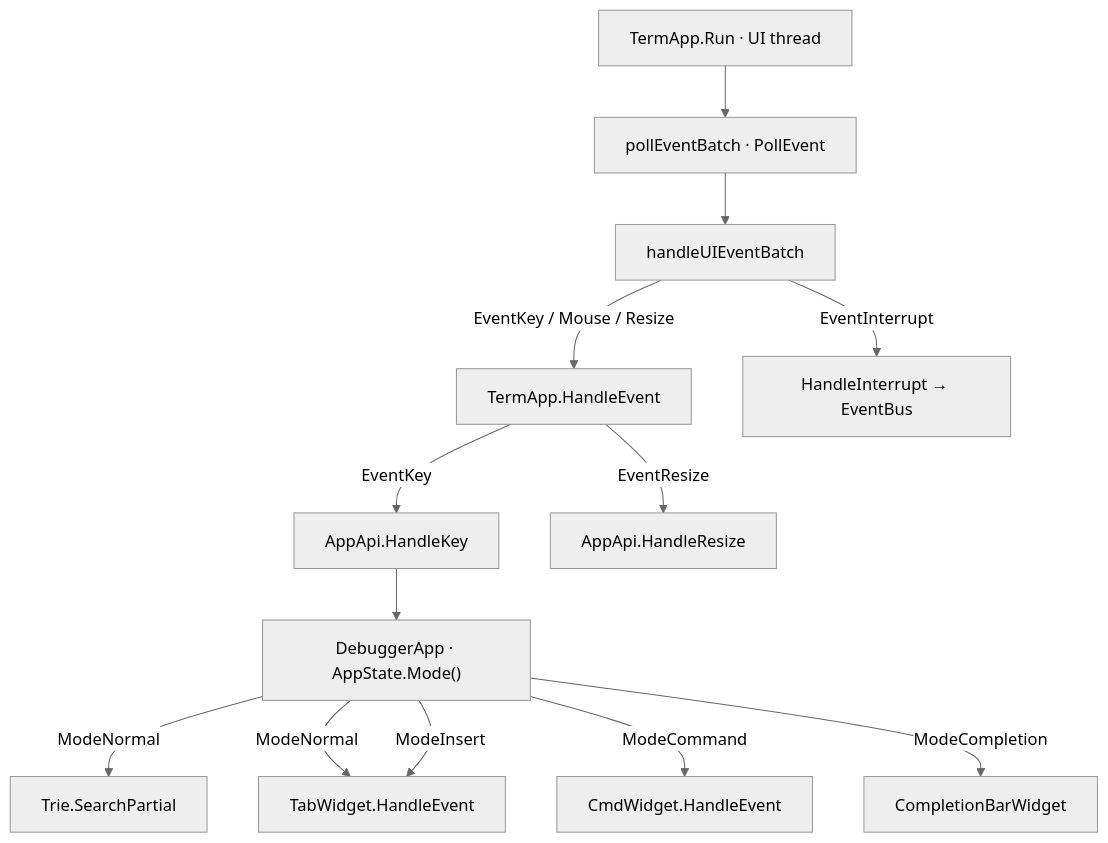
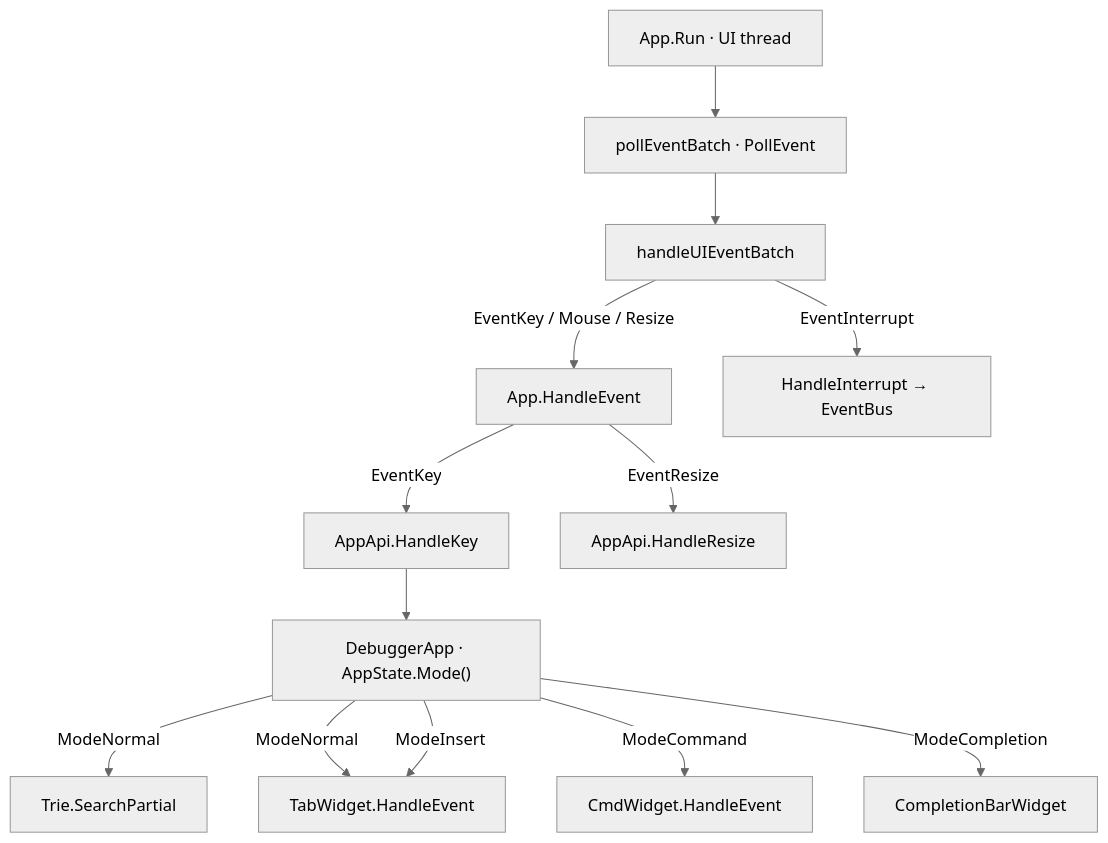
One commit to yairgd/gdbforge changed the second of 4 diagrams in docs/INPUT.md. Above: the diagram before and after it, drawn with Mermaid (neutral theme). The commit also changed other lines of this file and 267 other files, not shown here.

````diff
--- a/docs/INPUT.md
+++ b/docs/INPUT.md
@@ -102,26 +102,26 @@
 ```mermaid
 flowchart TB
-    Select["TermApp.Run · UI thread"]
+    Select["App.Run · UI thread"]
     Poll["pollEventBatch · PollEvent"]
     Batch["handleUIEventBatch"]
-    TermHandler["TermApp.HandleEvent"]
+    TermHandler["App.HandleEvent"]
     HandleKey["AppApi.HandleKey"]
     HandleResize["AppApi.HandleResize"]
     HandleInt["HandleInterrupt → EventBus"]
     Router["DebuggerApp · AppState.Mode()"]
     Trie["Trie.SearchPartial"]
     Tab["TabWidget.HandleEvent"]
     Cmd["CmdWidget.HandleEvent"]
     Comp["CompletionBarWidget"]
 
     Select --> Poll --> Batch
     Batch -->|"EventKey / Mouse / Resize"| TermHandler
     Batch -->|"EventInterrupt"| HandleInt
     TermHandler -->|"EventKey"| HandleKey --> Router
     TermHandler -->|"EventResize"| HandleResize
     Router -->|"ModeNormal"| Trie
     Router -->|"ModeNormal"| Tab
     Router -->|"ModeInsert"| Tab
     Router -->|"ModeCommand"| Cmd
     Router -->|"ModeCompletion"| Comp
 ```
````
